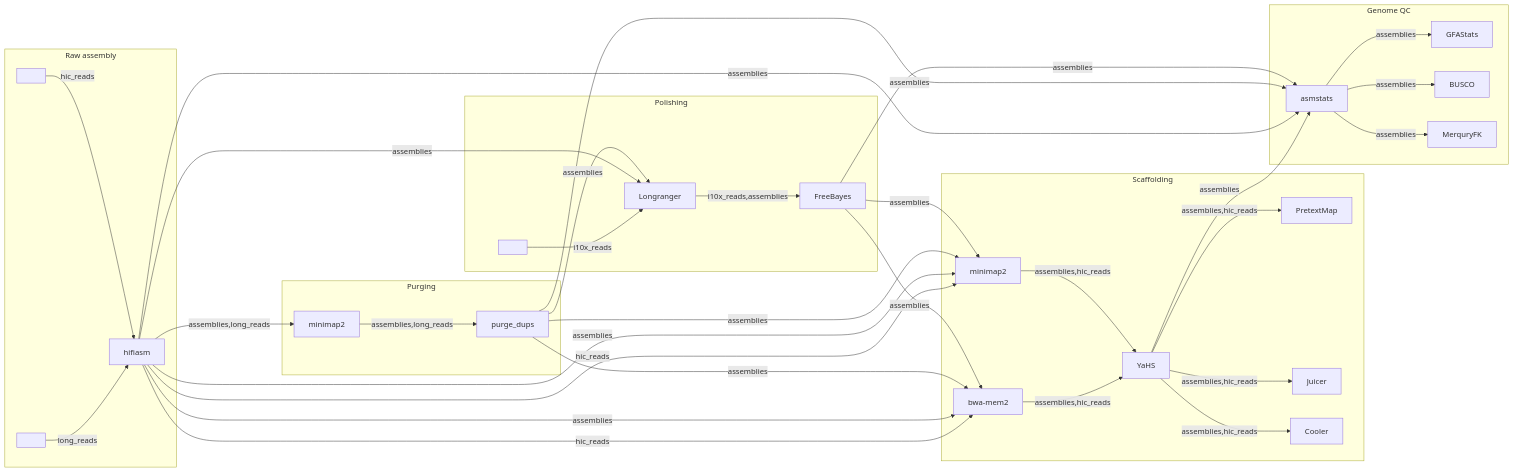
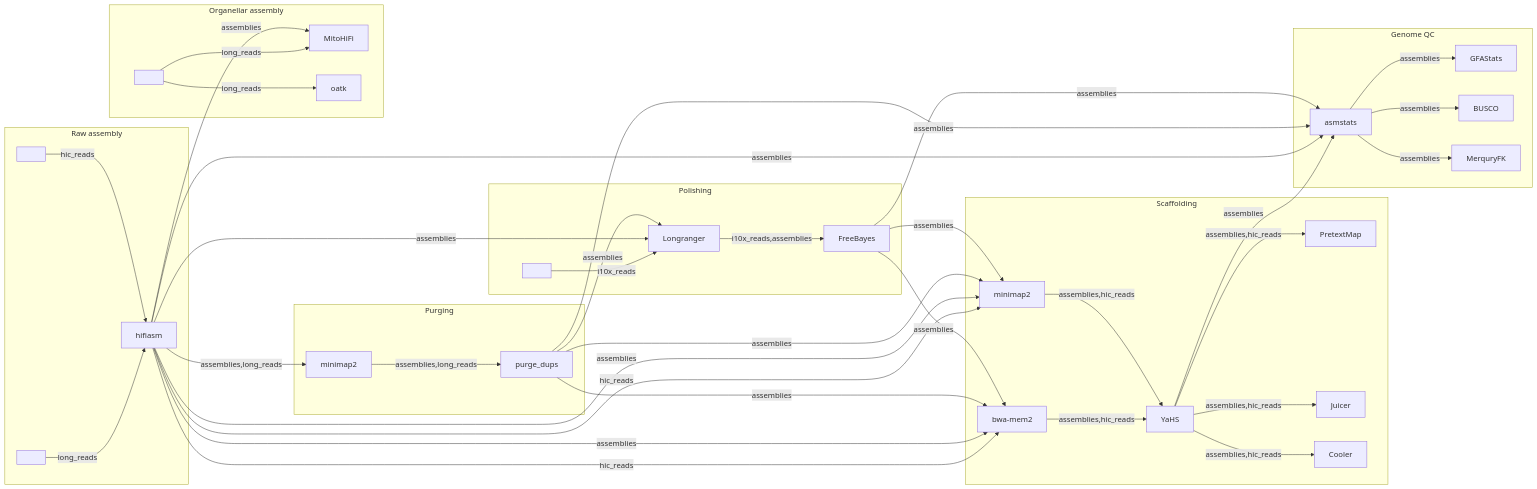
One commit to sanger-tol/genomeassembly changed the diagram in docs/images/genomeassembly.mmd. Above: the diagram before and after it, drawn with Mermaid. The commit also changed 8 other files, not shown here.

Commit message:
feat(docs): add organellar assembly to map, add light and dark variants and PNG format for ro-crate

```diff
--- a/docs/images/genomeassembly.mmd
+++ b/docs/images/genomeassembly.mmd
@@ -1,87 +1,104 @@
 %%metro title: sanger-tol/genomeassembly
 %%metro style: dark
 %%metro line: long_reads | Long reads | #3d95fd
 %%metro line: hic_reads | Hi-C reads | #FA6863
 %%metro line: i10x_reads | 10X reads | #EB7AEB
 %%metro line: assemblies | Assembly | #24B064
 %%metro file: input_long_reads | FASTX
+%%metro file: input_long_reads_organelle | FASTX
 %%metro file: input_hic_reads | CRAM
 %%metro file: input_10x_reads | FASTQ
 %%metro grid: raw_asm | 0, 0, 2
 %%metro grid: purging | 1, 0, 2
 %%metro grid: polishing | 2, 0, 2
 %%metro grid: scaffolding | 3, 0, 4
 %%metro grid: genome_statistics | 4, 0, 4
+%%metro grid: organellar_assembly | 1, 4, 2
 %%metro line_order: span
 %%metro compact_offsets: true
 %%metro legend: bl
 
 graph LR
     subgraph raw_asm [Raw assembly]
         %%metro exit: bottom | hic_reads
         %%metro exit: right | assemblies,long_reads
         input_long_reads[ ]
         input_hic_reads[ ]
         hifiasm[hifiasm]
         input_long_reads -->|long_reads| hifiasm
         input_hic_reads -->|hic_reads| hifiasm
     end
+
     subgraph purging [Purging]
         %%metro entry: left | assemblies,long_reads
         %%metro exit: right | assemblies
         purging_minimap2[minimap2]
         purge_dups[purge_dups]
         purging_minimap2 -->|assemblies,long_reads| purge_dups
     end
+
     subgraph polishing [Polishing]
         %%metro entry: left | assemblies
         %%metro exit: right | assemblies
         input_10x_reads[ ]
         longranger[Longranger]
         freebayes[FreeBayes]
         input_10x_reads -->|i10x_reads| longranger
         longranger -->|i10x_reads,assemblies| freebayes
     end
+
     subgraph scaffolding [Scaffolding]
         %%metro entry: left | assemblies
         %%metro entry: bottom | hic_reads
         %%metro exit: right | assemblies
         scaffolding_bwamem2[bwa-mem2]
         scaffolding_minimap2[minimap2]
         yahs[YaHS]
         pretextmap[PretextMap]
         juicer[Juicer]
         cooler[Cooler]
         scaffolding_bwamem2 -->|assemblies,hic_reads| yahs
         scaffolding_minimap2 -->|assemblies,hic_reads| yahs
         yahs -->|assemblies,hic_reads| pretextmap
         yahs -->|assemblies,hic_reads| juicer
         yahs -->|assemblies,hic_reads| cooler
     end
+
     subgraph genome_statistics [Genome QC]
         %%metro entry: left | assemblies
         asmstats[asmstats]
         gfastats[GFAStats]
         busco[BUSCO]
         merquryfk[MerquryFK]
         asmstats -->|assemblies| gfastats
         asmstats -->|assemblies| busco
         asmstats -->|assemblies| merquryfk
+    end
+
+    subgraph organellar_assembly [Organellar assembly]
+        %%metro entry: left | assemblies, long_reads
+        input_long_reads_organelle[ ]
+        mitohifi[MitoHiFi]
+        oatk[oatk]
+
+        input_long_reads_organelle -->|long_reads| mitohifi
+        input_long_reads_organelle -->|long_reads| oatk
     end
 
     %% Inter-section edges
     hifiasm -->|assemblies,long_reads| purging_minimap2
     hifiasm -->|hic_reads| scaffolding_bwamem2
     hifiasm -->|hic_reads| scaffolding_minimap2
     hifiasm -->|assemblies| longranger
     hifiasm -->|assemblies| scaffolding_bwamem2
     hifiasm -->|assemblies| scaffolding_minimap2
     purge_dups -->|assemblies| longranger
     purge_dups -->|assemblies| scaffolding_bwamem2
     purge_dups -->|assemblies| scaffolding_minimap2
     freebayes -->|assemblies| scaffolding_bwamem2
     freebayes -->|assemblies| scaffolding_minimap2
     hifiasm -->|assemblies| asmstats
     purge_dups -->|assemblies| asmstats
     freebayes -->|assemblies| asmstats
     yahs -->|assemblies| asmstats
+    hifiasm -->|assemblies| mitohifi
```
